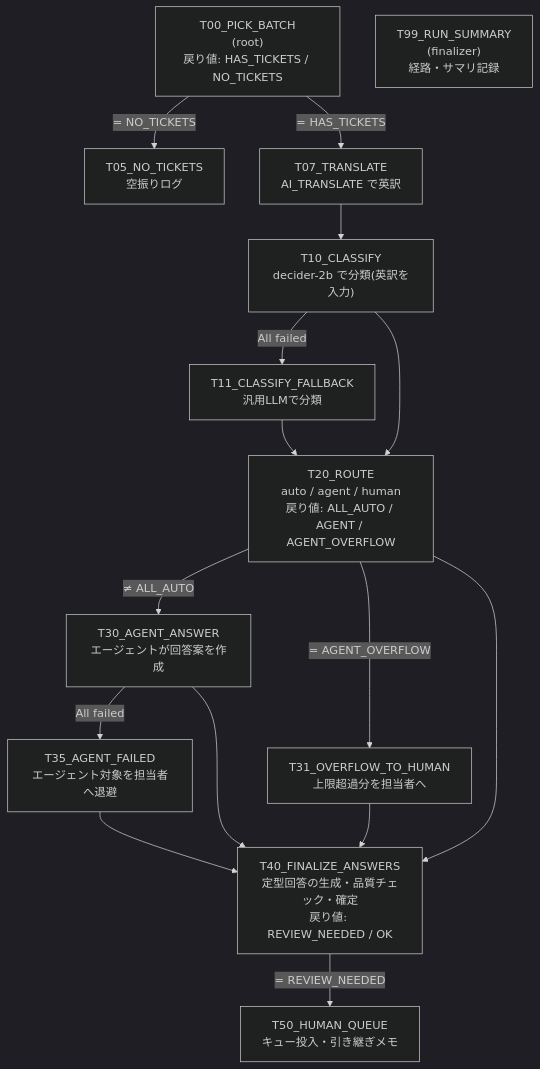
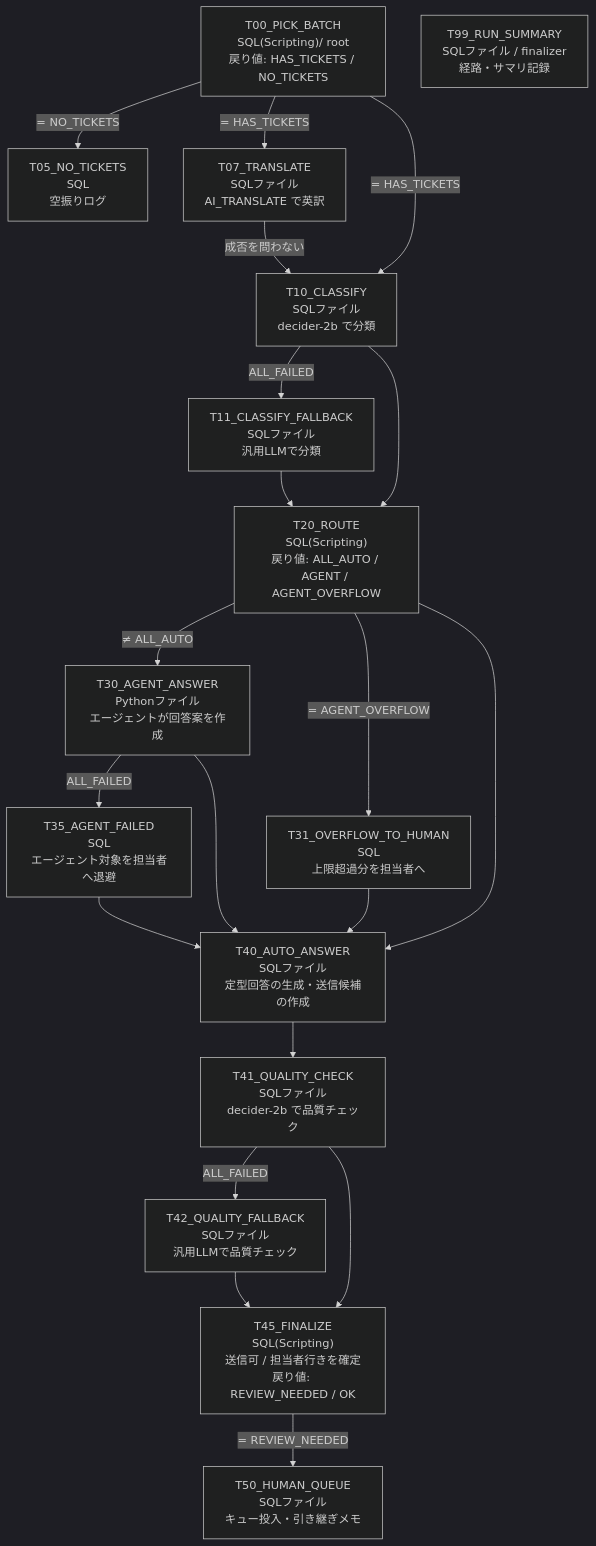
The diagram in README.md (takimiko-gohan/sf-agent-workflow-pipeline), drawn with Mermaid (dark theme) before and after one commit. The commit also changed other lines of this file and 21 other files, not shown here.

````diff
--- a/README.md
+++ b/README.md
@@ -25,30 +21,38 @@
 ```mermaid
 flowchart TD
-  T00["T00_PICK_BATCH<br/>(root)<br/>戻り値: HAS_TICKETS / NO_TICKETS"]
-  T05["T05_NO_TICKETS<br/>空振りログ"]
-  T07["T07_TRANSLATE<br/>AI_TRANSLATE で英訳"]
-  T10["T10_CLASSIFY<br/>decider-2b で分類(英訳を入力)"]
-  T11["T11_CLASSIFY_FALLBACK<br/>汎用LLMで分類"]
-  T20["T20_ROUTE<br/>auto / agent / human<br/>戻り値: ALL_AUTO / AGENT / AGENT_OVERFLOW"]
-  T30["T30_AGENT_ANSWER<br/>エージェントが回答案を作成"]
-  T31["T31_OVERFLOW_TO_HUMAN<br/>上限超過分を担当者へ"]
-  T35["T35_AGENT_FAILED<br/>エージェント対象を担当者へ退避"]
-  T40["T40_FINALIZE_ANSWERS<br/>定型回答の生成・品質チェック・確定<br/>戻り値: REVIEW_NEEDED / OK"]
-  T50["T50_HUMAN_QUEUE<br/>キュー投入・引き継ぎメモ"]
-  T99["T99_RUN_SUMMARY<br/>(finalizer)<br/>経路・サマリ記録"]
+  T00["T00_PICK_BATCH<br/>SQL(Scripting)/ root<br/>戻り値: HAS_TICKETS / NO_TICKETS"]
+  T05["T05_NO_TICKETS<br/>SQL<br/>空振りログ"]
+  T07["T07_TRANSLATE<br/>SQLファイル<br/>AI_TRANSLATE で英訳"]
+  T10["T10_CLASSIFY<br/>SQLファイル<br/>decider-2b で分類"]
+  T11["T11_CLASSIFY_FALLBACK<br/>SQLファイル<br/>汎用LLMで分類"]
+  T20["T20_ROUTE<br/>SQL(Scripting)<br/>戻り値: ALL_AUTO / AGENT / AGENT_OVERFLOW"]
+  T30["T30_AGENT_ANSWER<br/>Pythonファイル<br/>エージェントが回答案を作成"]
+  T31["T31_OVERFLOW_TO_HUMAN<br/>SQL<br/>上限超過分を担当者へ"]
+  T35["T35_AGENT_FAILED<br/>SQL<br/>エージェント対象を担当者へ退避"]
+  T40["T40_AUTO_ANSWER<br/>SQLファイル<br/>定型回答の生成・送信候補の作成"]
+  T41["T41_QUALITY_CHECK<br/>SQLファイル<br/>decider-2b で品質チェック"]
+  T42["T42_QUALITY_FALLBACK<br/>SQLファイル<br/>汎用LLMで品質チェック"]
+  T45["T45_FINALIZE<br/>SQL(Scripting)<br/>送信可 / 担当者行きを確定<br/>戻り値: REVIEW_NEEDED / OK"]
+  T50["T50_HUMAN_QUEUE<br/>SQLファイル<br/>キュー投入・引き継ぎメモ"]
+  T99["T99_RUN_SUMMARY<br/>SQLファイル / finalizer<br/>経路・サマリ記録"]
 
   T00 -- "= NO_TICKETS" --> T05
   T00 -- "= HAS_TICKETS" --> T07
-  T07 --> T10
-  T10 -- "All failed" --> T11
+  T00 -- "= HAS_TICKETS" --> T10
+  T07 -- "成否を問わない" --> T10
+  T10 -- "ALL_FAILED" --> T11
   T10 --> T20
   T11 --> T20
   T20 -- "≠ ALL_AUTO" --> T30
   T20 -- "= AGENT_OVERFLOW" --> T31
-  T30 -- "All failed" --> T35
+  T30 -- "ALL_FAILED" --> T35
   T20 --> T40
   T30 --> T40
   T31 --> T40
   T35 --> T40
-  T40 -- "= REVIEW_NEEDED" --> T50
+  T40 --> T41
+  T41 -- "ALL_FAILED" --> T42
+  T41 --> T45
+  T42 --> T45
+  T45 -- "= REVIEW_NEEDED" --> T50
 ```
````
